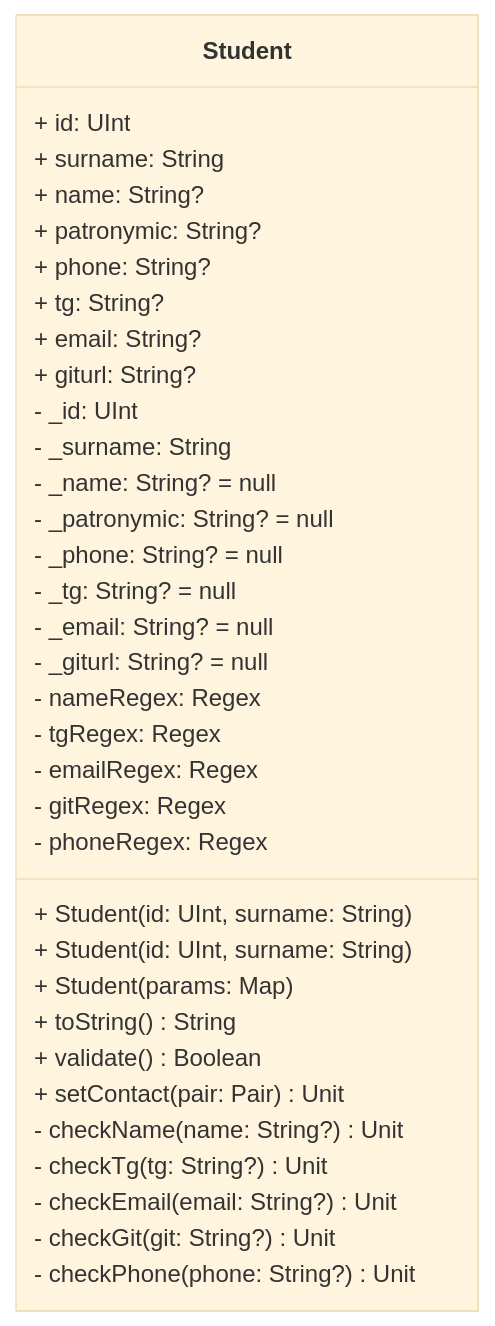
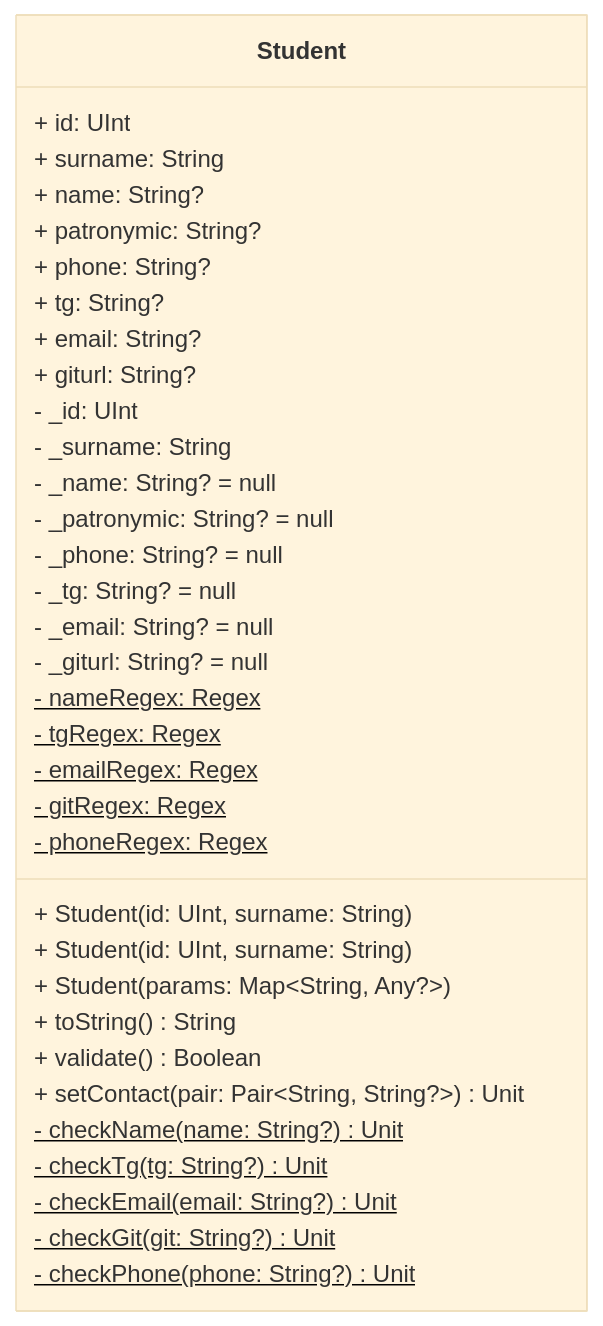
Before and after one commit to black-lemonov/KotlinPatterns: the diagram in src/lab1/UML.md, drawn with Mermaid (base theme).

Commit message:
лр1: последнее исправление диаграммы

````diff
--- a/src/lab1/UML.md
+++ b/src/lab1/UML.md
@@ -2,40 +2,40 @@
 ```mermaid
 ---
 Class Student
 ---
 classDiagram
 class Student {
     + id: UInt
     + surname: String
     + name: String?
     + patronymic: String?
     + phone: String?
     + tg: String?
     + email: String?
     + giturl: String?
     - _id: UInt
     - _surname: String
     - _name: String? = null
     - _patronymic: String? = null
     - _phone: String? = null
     - _tg: String? = null
     - _email: String? = null
     - _giturl: String? = null
-    - nameRegex: Regex
-    - tgRegex: Regex
-    - emailRegex: Regex
-    - gitRegex: Regex
-    - phoneRegex: Regex
+    - nameRegex: Regex$
+    - tgRegex: Regex$
+    - emailRegex: Regex$
+    - gitRegex: Regex$
+    - phoneRegex: Regex$
     + Student(id: UInt, surname: String)
     + Student(id: UInt, surname: String)
-    + Student(params: Map<String, Any?>)
+    + Student(params: Map~String, Any?~)
     + toString() String
     + validate() Boolean
-    + setContact(pair: Pair<String, String?>) Unit
-    - checkName(name: String?) Unit
-    - checkTg(tg: String?) Unit
-    - checkEmail(email: String?) Unit
-    - checkGit(git: String?) Unit
-    - checkPhone(phone: String?) Unit
+    + setContact(pair: Pair~String, String?~) Unit
+    - checkName(name: String?) Unit$
+    - checkTg(tg: String?) Unit$
+    - checkEmail(email: String?) Unit$
+    - checkGit(git: String?) Unit$
+    - checkPhone(phone: String?) Unit$
 }
 ```
````
